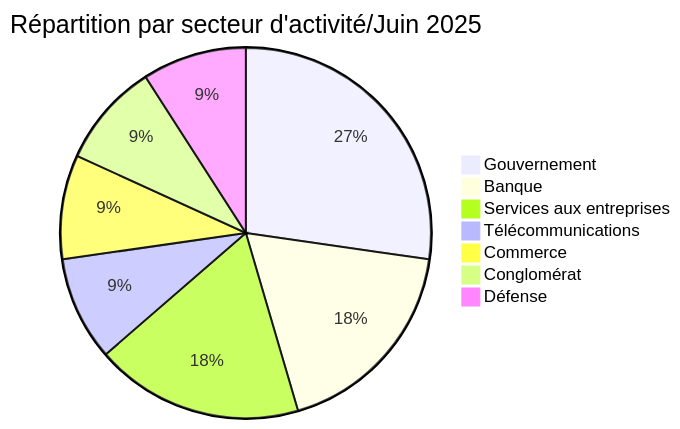
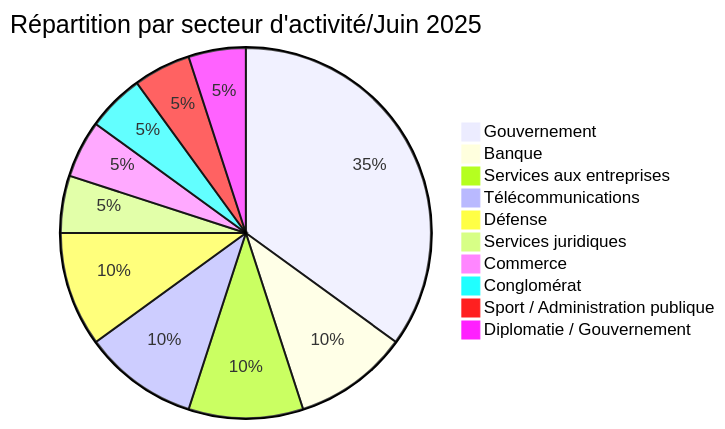
One commit to Hatchepsoute/AFRINTEL changed the second of 5 diagrams in CyberAttackAfrica/2025/06-june/README_FR.md. Above: the diagram before and after it, drawn with Mermaid. The commit also changed other lines of this file and 255 other files, not shown here.

````diff
--- a/CyberAttackAfrica/2025/06-june/README_FR.md
+++ b/CyberAttackAfrica/2025/06-june/README_FR.md
@@ -59,10 +70,13 @@
 ```mermaid
 pie title Répartition par secteur d'activité/Juin 2025
-    "Gouvernement" : 3
+    "Gouvernement" : 7
     "Banque" : 2
     "Services aux entreprises" : 2
-    "Télécommunications" : 1
+    "Télécommunications" : 2
+    "Défense" : 2
+    "Services juridiques" : 1
     "Commerce" : 1
     "Conglomérat" : 1
-    "Défense" : 1
+    "Sport / Administration publique" : 1
+    "Diplomatie / Gouvernement" : 1
 ```
````
